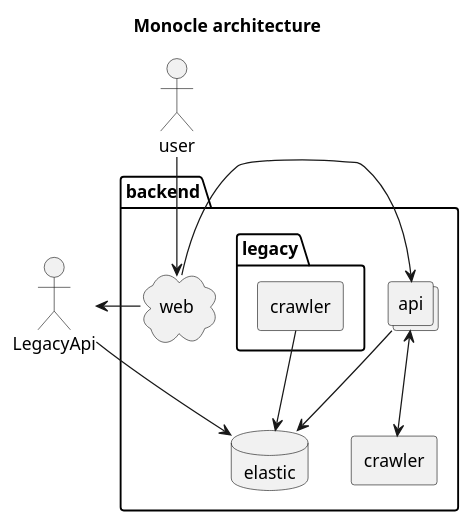
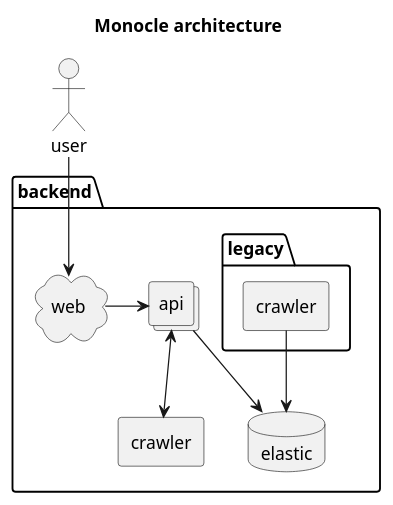
Before and after one commit to change-metrics/monocle: the diagram in doc/architecture.plantuml, drawn with PlantUML. The commit also changed 1 other file, not shown here.

Commit message:
[doc] Remove LegacyApi from the plantuml diagram

```diff
--- a/doc/architecture.plantuml
+++ b/doc/architecture.plantuml
@@ -1,23 +1,21 @@
 @startuml
 title Monocle architecture
 
 package "backend" {
   database "elastic" as Datastore
   collections "api" as Api
   agent "crawler" as Worker
   cloud "web" as Proxy
 
   package "legacy" {
     agent "crawler" as LegacyWorker
   }
 }
 actor user as User
 
 Api --> Datastore
 Api <--> Worker
 Proxy -> Api
 User --> Proxy
-Proxy -> LegacyApi
-LegacyApi --> Datastore
 LegacyWorker --> Datastore
 @enduml
```
